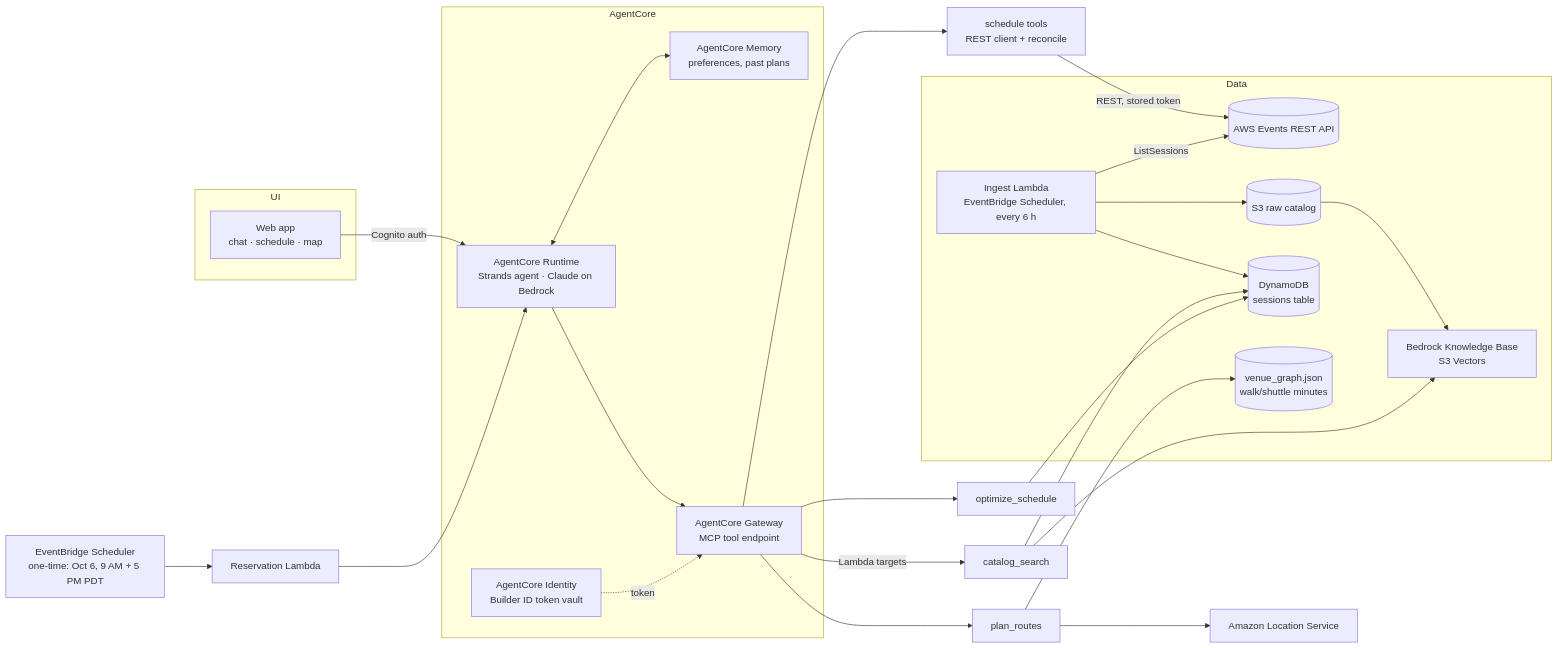
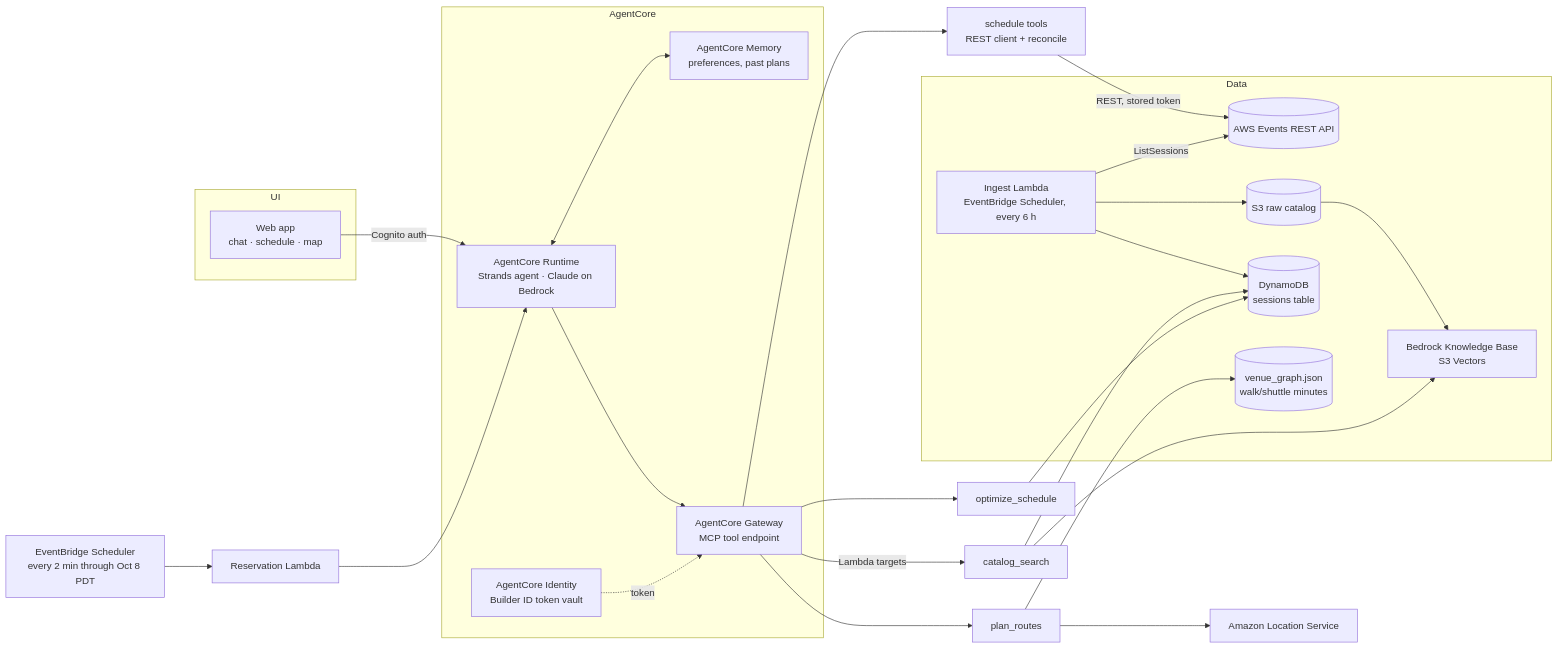
One commit to manumaan/reinvent-agent changed the diagram in docs/DESIGN.md. Above: the diagram before and after it, drawn with Mermaid. The commit also changed other lines of this file and 14 other files, not shown here.

````diff
--- a/docs/DESIGN.md
+++ b/docs/DESIGN.md
@@ -47,36 +47,36 @@
 ```mermaid
 flowchart LR
   subgraph UI
     W[Web app<br/>chat · schedule · map]
   end
   W -->|Cognito auth| AR
 
   subgraph AgentCore
     AR[AgentCore Runtime<br/>Strands agent · Claude on Bedrock]
     MEM[AgentCore Memory<br/>preferences, past plans]
     ID[AgentCore Identity<br/>Builder ID token vault]
     GW[AgentCore Gateway<br/>MCP tool endpoint]
   end
   AR <--> MEM
   AR --> GW
   GW -->|Lambda targets| T1[catalog_search]
   GW --> T4[schedule tools<br/>REST client + reconcile]
   T4 -->|REST, stored token| API
   GW --> T2[optimize_schedule]
   GW --> T3[plan_routes]
   ID -.token.-> GW
 
   subgraph Data
     ING[Ingest Lambda<br/>EventBridge Scheduler, every 6 h] -->|ListSessions| API[(AWS Events REST API)]
     ING --> S3[(S3 raw catalog)]
     S3 --> KB[Bedrock Knowledge Base<br/>S3 Vectors]
     ING --> DDB[(DynamoDB<br/>sessions table)]
     VG[(venue_graph.json<br/>walk/shuttle minutes)]
   end
   T1 --> KB & DDB
   T2 --> DDB
   T3 --> VG & LOC[Amazon Location Service]
 
-  SCH[EventBridge Scheduler<br/>one-time: Oct 6, 9 AM + 5 PM PDT] --> RES[Reservation Lambda]
+  SCH[EventBridge Scheduler<br/>every 2 min through Oct 8 PDT] --> RES[Reservation Lambda]
   RES --> AR
 ```
````
